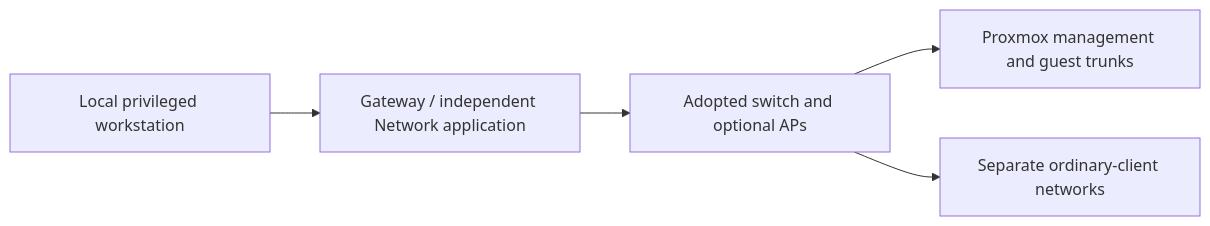
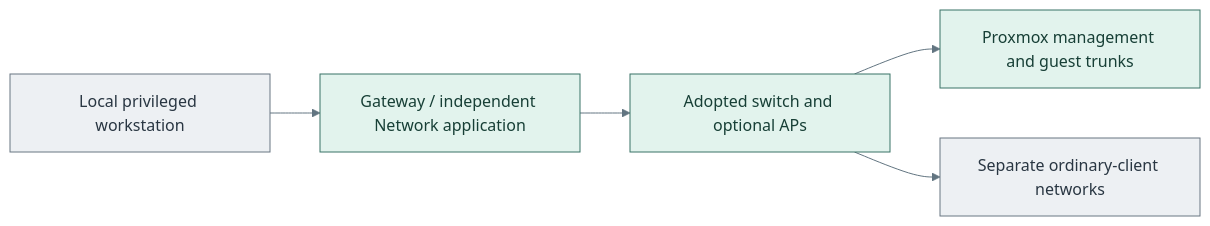
One commit to Rexus/homelab changed the diagram in docs/deployment/foundation/procedures/unifi-zones.md. Above: the diagram before and after it, drawn with Mermaid. The commit also changed 49 other files, not shown here.

Commit message:
docs(diagrams): clarify tier layouts and visual styles

````diff
--- a/docs/deployment/foundation/procedures/unifi-zones.md
+++ b/docs/deployment/foundation/procedures/unifi-zones.md
@@ -33,7 +33,13 @@
 ```mermaid
+%%{init: {"theme":"base","themeVariables":{"lineColor":"#627581","edgeLabelBackground":"#f8fafc"}}}%%
 flowchart LR
   Admin["Local privileged workstation"] --> Controller["Gateway / independent Network application"]
   Controller --> Switch["Adopted switch and optional APs"]
   Switch --> Hosts["Proxmox management and guest trunks"]
   Switch --> Clients["Separate ordinary-client networks"]
+  classDef default fill:#f8fafc,stroke:#64748b,color:#1f2937
+  classDef actor fill:#edf0f3,stroke:#697682,color:#293642
+  classDef control fill:#e2f3ed,stroke:#397366,color:#173f36
+  class Admin,Clients actor
+  class Controller,Switch,Hosts control
 ```
````
